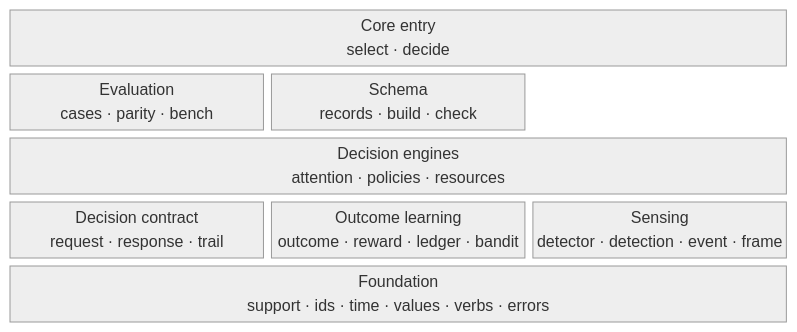
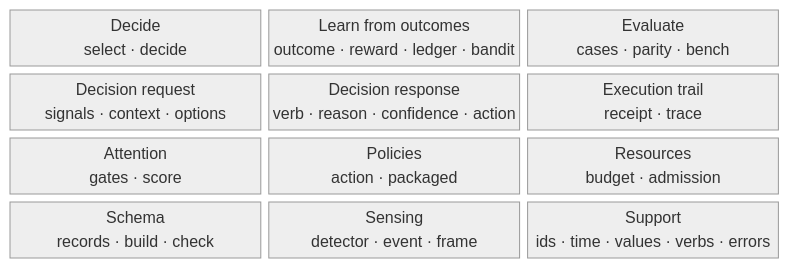
Before and after one commit to michaelatamuk/laix: the diagram in docs/core/00-core-architecture.md, drawn with Mermaid (neutral theme). The commit also changed other lines of this file, not shown here.

First line of the commit message:
docs: arrange core building blocks by capability

````diff
--- a/docs/core/00-core-architecture.md
+++ b/docs/core/00-core-architecture.md
@@ -5,10 +5,20 @@
 ```mermaid
 block-beta
     columns 3
 
-    entry["Core entry<br/>select · decide"]:3
-    evaluation["Evaluation<br/>cases · parity · bench"] schema["Schema<br/>records · build · check"] space
-    engines["Decision engines<br/>attention · policies · resources"]:3
-    contract["Decision contract<br/>request · response · trail"] learning["Outcome learning<br/>outcome · reward · ledger · bandit"] sensing["Sensing<br/>detector · detection · event · frame"]
-    foundation["Foundation<br/>support · ids · time · values · verbs · errors"]:3
+    decide["Decide<br/>select · decide"]
+    learn["Learn from outcomes<br/>outcome · reward · ledger · bandit"]
+    evaluate["Evaluate<br/>cases · parity · bench"]
+
+    request["Decision request<br/>signals · context · options"]
+    response["Decision response<br/>verb · reason · confidence · action"]
+    trail["Execution trail<br/>receipt · trace"]
+
+    attention["Attention<br/>gates · score"]
+    policies["Policies<br/>action · packaged"]
+    resources["Resources<br/>budget · admission"]
+
+    schema["Schema<br/>records · build · check"]
+    sensing["Sensing<br/>detector · event · frame"]
+    support["Support<br/>ids · time · values · verbs · errors"]
 ```
````
